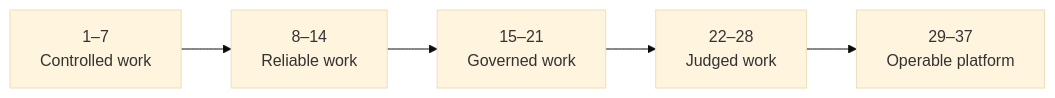
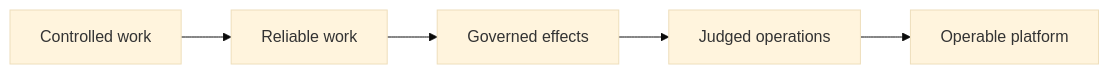
One commit to topcoder-04/engineering-agentic-ai-companion changed the first of 2 diagrams in docs/MIRAS_JOURNEY.md. Above: the diagram before and after it, drawn with Mermaid (base theme). The commit also changed other lines of this file and 6 other files, not shown here.

````diff
--- a/docs/MIRAS_JOURNEY.md
+++ b/docs/MIRAS_JOURNEY.md
@@ -13,7 +14,7 @@
 ```mermaid
 flowchart LR
-    A["1–7<br/>Controlled work"] --> B["8–14<br/>Reliable work"]
-    B --> C["15–21<br/>Governed work"]
-    C --> D["22–28<br/>Judged work"]
-    D --> E["29–37<br/>Operable platform"]
+    A["Controlled work"] --> B["Reliable work"]
+    B --> C["Governed effects"]
+    C --> D["Judged operations"]
+    D --> E["Operable platform"]
 ```
````
